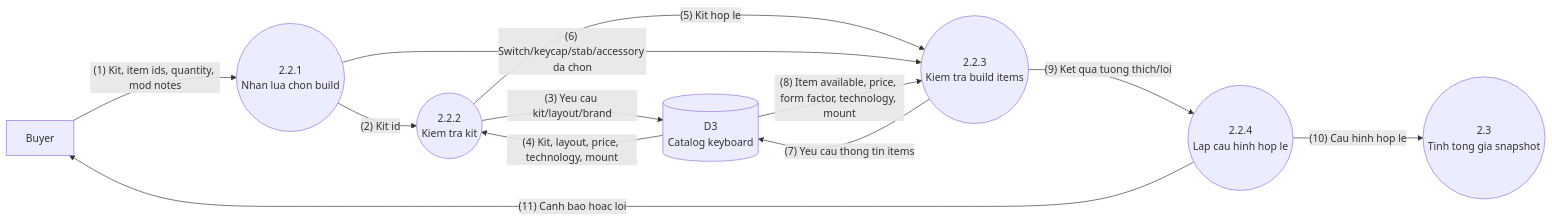
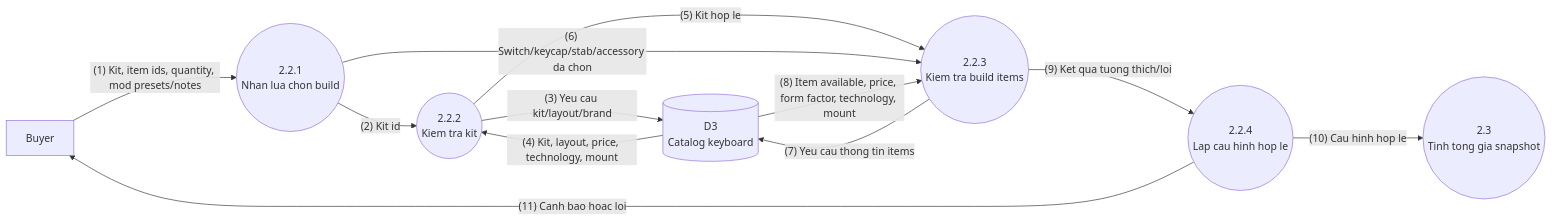
The first of 3 diagrams in Documents_Refactor/Custom_Keyboard_DFD_Level2_Refactor.md (froynar/Custom_keyboard), drawn with Mermaid before and after one commit. The commit also changed other lines of this file and 81 other files, not shown here.

````diff
--- a/Documents_Refactor/Custom_Keyboard_DFD_Level2_Refactor.md
+++ b/Documents_Refactor/Custom_Keyboard_DFD_Level2_Refactor.md
@@ -13,24 +13,24 @@
 ```mermaid
 flowchart LR
     Buyer["Buyer"]
 
     P221(("2.2.1\nNhan lua chon build"))
     P222(("2.2.2\nKiem tra kit"))
     P223(("2.2.3\nKiem tra build items"))
     P224(("2.2.4\nLap cau hinh hop le"))
     P23(("2.3\nTinh tong gia snapshot"))
 
     D3[("D3\nCatalog keyboard")]
 
-    Buyer -- "(1) Kit, item ids, quantity, mod notes" --> P221
+    Buyer -- "(1) Kit, item ids, quantity, mod presets/notes" --> P221
     P221 -- "(2) Kit id" --> P222
     P222 -- "(3) Yeu cau kit/layout/brand" --> D3
     D3 -- "(4) Kit, layout, price, technology, mount" --> P222
     P222 -- "(5) Kit hop le" --> P223
     P221 -- "(6) Switch/keycap/stab/accessory da chon" --> P223
     P223 -- "(7) Yeu cau thong tin items" --> D3
     D3 -- "(8) Item available, price, form factor, technology, mount" --> P223
     P223 -- "(9) Ket qua tuong thich/loi" --> P224
     P224 -- "(10) Cau hinh hop le" --> P23
     P224 -- "(11) Canh bao hoac loi" --> Buyer
 ```
````
